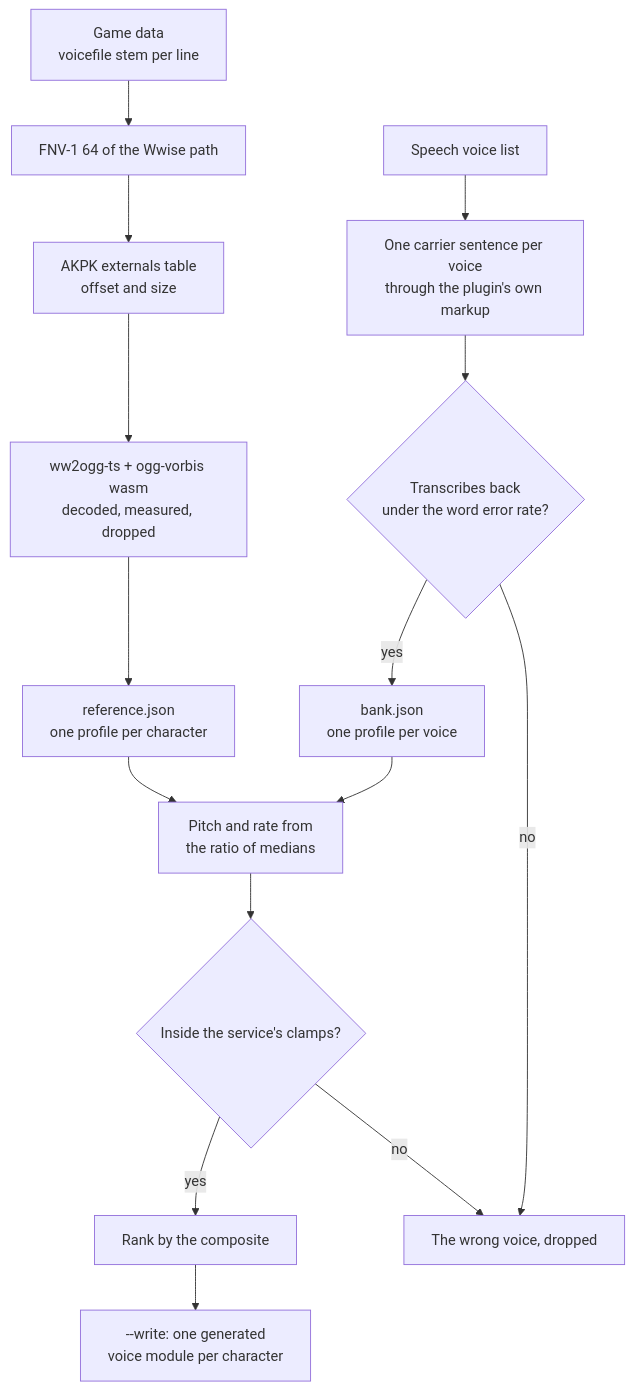
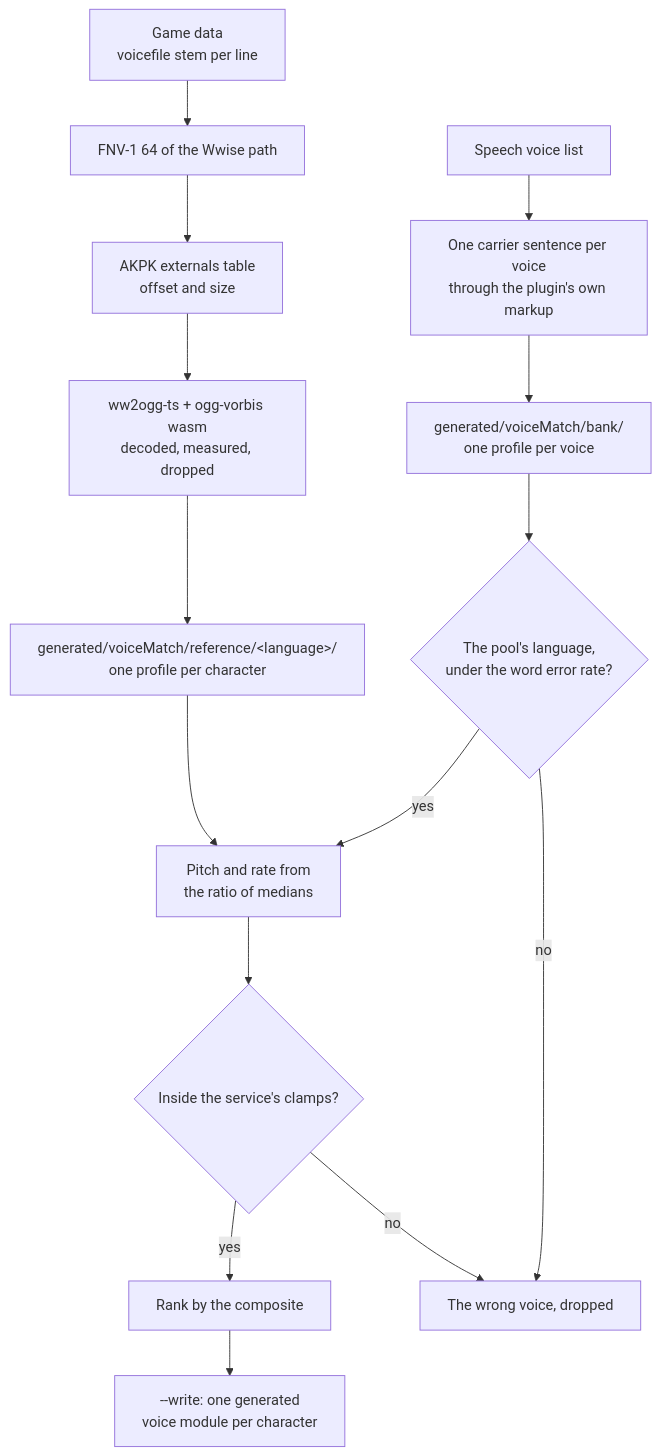
The diagram in apps/web/content/docs/infra/claude-interface/voice-match-benchmark.md (Esposter/Esposter), drawn with Mermaid before and after one commit. The commit also changed other lines of this file and 20 other files, not shown here.

First line of the commit message:
feat(scripts): the voice match is English against English — one language on both sides, a reference per track, and a stage keeps what it measured

````diff
--- a/apps/web/content/docs/infra/claude-interface/voice-match-benchmark.md
+++ b/apps/web/content/docs/infra/claude-interface/voice-match-benchmark.md
@@ -40,27 +42,26 @@
 ```mermaid
 flowchart TD
     Lines["Game data<br/>voicefile stem per line"]
     Hash["FNV-1 64 of the Wwise path"]
     Package["AKPK externals table<br/>offset and size"]
     Decode["ww2ogg-ts + ogg-vorbis wasm<br/>decoded, measured, dropped"]
-    Reference["reference.json<br/>one profile per character"]
+    Reference["generated/voiceMatch/reference/&lt;language&gt;/<br/>one profile per character"]
     Catalogue["Speech voice list"]
     Carrier["One carrier sentence per voice<br/>through the plugin's own markup"]
-    Gate{"Transcribes back<br/>under the word error rate?"}
-    Bank["bank.json<br/>one profile per voice"]
+    Bank["generated/voiceMatch/bank/<br/>one profile per voice"]
+    Pool{"The pool's language,<br/>under the word error rate?"}
     Solve["Pitch and rate from<br/>the ratio of medians"]
     Clamp{"Inside the service's clamps?"}
     Rank["Rank by the composite"]
     Voices["--write: one generated<br/>voice module per character"]
     Out["The wrong voice, dropped"]
 
     Lines --> Hash --> Package --> Decode --> Reference
-    Catalogue --> Carrier --> Gate
-    Gate -- yes --> Bank
-    Gate -- no --> Out
+    Catalogue --> Carrier --> Bank --> Pool
+    Pool -- yes --> Solve
+    Pool -- no --> Out
     Reference --> Solve
-    Bank --> Solve
     Solve --> Clamp
     Clamp -- yes --> Rank --> Voices
     Clamp -- no --> Out
 ```
````
